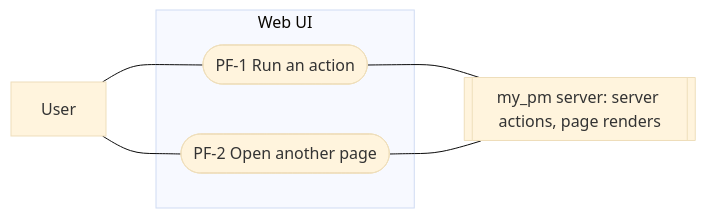
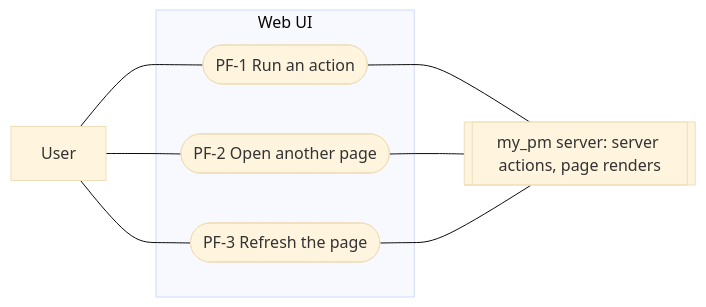
The diagram in docs/features/pending-feedback/use-cases.md (nnminh-sam/my-pm-agent), drawn with Mermaid (base theme) before and after one commit. The commit also changed other lines of this file and 6 other files, not shown here.

Commit message:
PMA-M12-T2: Refresh button and r shortcut re-render the page keeping client state

````diff
--- a/docs/features/pending-feedback/use-cases.md
+++ b/docs/features/pending-feedback/use-cases.md
@@ -8,13 +8,16 @@
 ```mermaid
 flowchart LR
   user[User]
   server[[my_pm server: server actions, page renders]]
   subgraph system [Web UI]
     pf1([PF-1 Run an action])
     pf2([PF-2 Open another page])
+    pf3([PF-3 Refresh the page])
   end
   user --- pf1
   user --- pf2
+  user --- pf3
   pf1 --- server
   pf2 --- server
+  pf3 --- server
 ```
````
